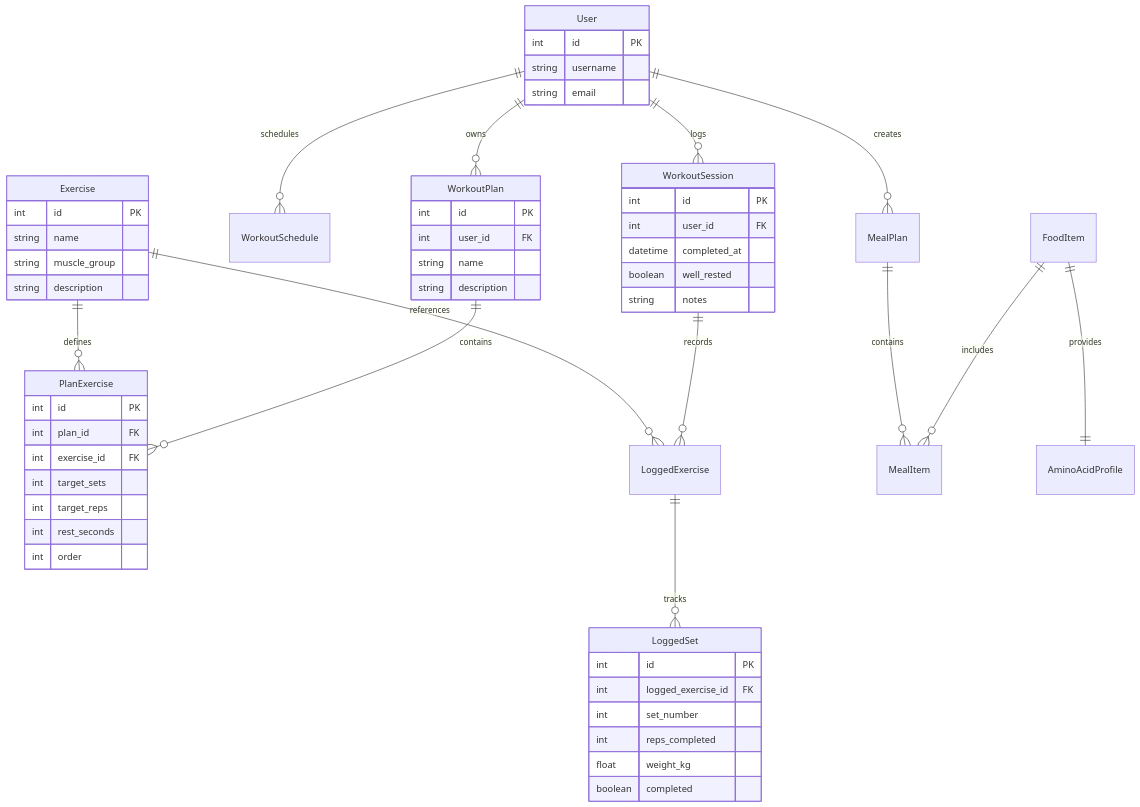
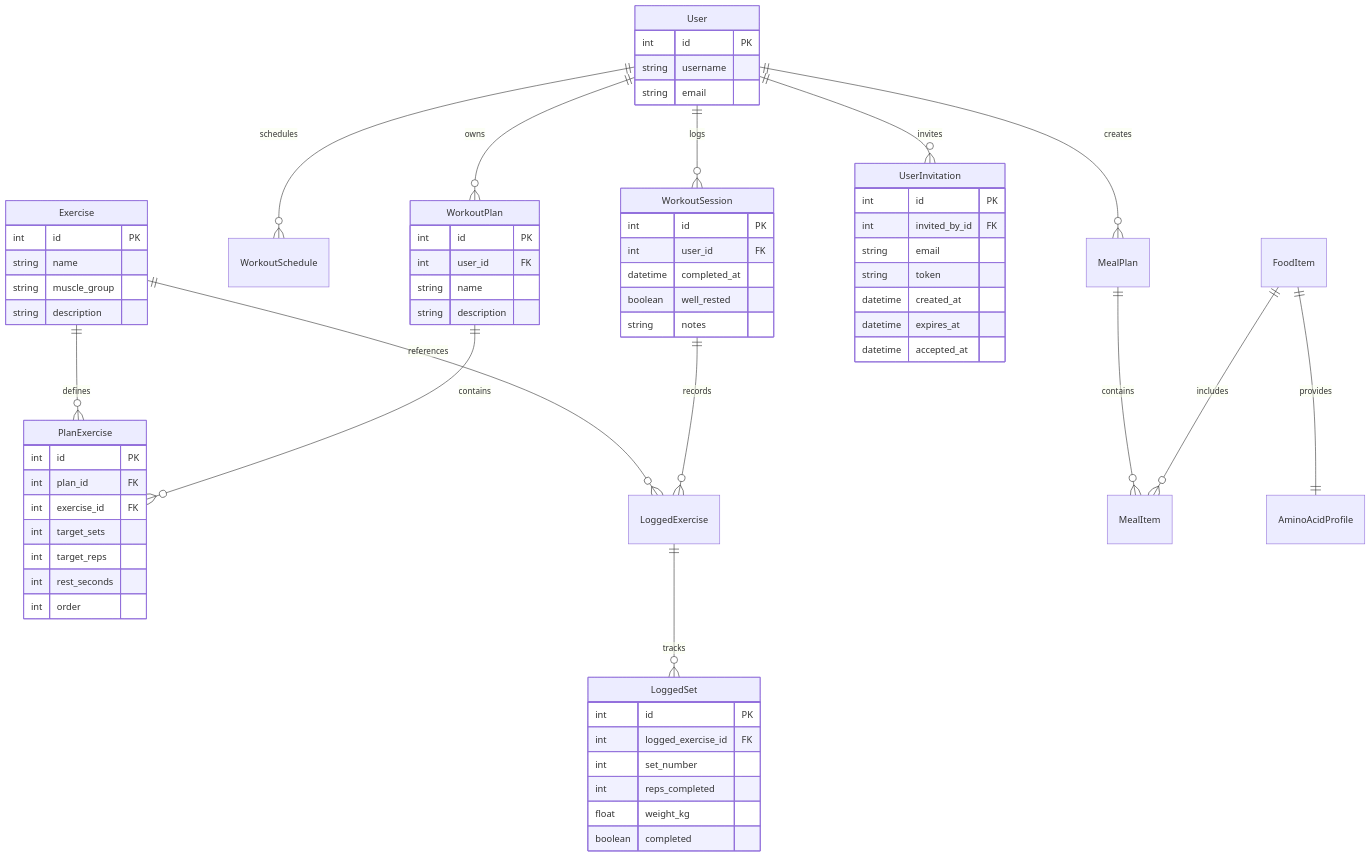
Before and after one commit to JoelLindberg/grow: the third of 4 diagrams in ARCHITECTURE.md, drawn with Mermaid. The commit also changed other lines of this file and 22 other files, not shown here.

````diff
--- a/ARCHITECTURE.md
+++ b/ARCHITECTURE.md
@@ -118,65 +118,76 @@
 ```mermaid
 erDiagram
     User ||--o{ WorkoutPlan : owns
     User ||--o{ WorkoutSchedule : schedules
     User ||--o{ WorkoutSession : logs
     User ||--o{ MealPlan : creates
+    User ||--o{ UserInvitation : invites
 
     WorkoutPlan ||--o{ PlanExercise : contains
     Exercise ||--o{ PlanExercise : defines
     
     WorkoutSession ||--o{ LoggedExercise : records
     LoggedExercise ||--o{ LoggedSet : tracks
     Exercise ||--o{ LoggedExercise : references
 
     FoodItem ||--o{ MealItem : includes
     MealPlan ||--o{ MealItem : contains
     FoodItem ||--|| AminoAcidProfile : provides
 
     User {
         int id PK
         string username
         string email
+    }
+
+    UserInvitation {
+        int id PK
+        int invited_by_id FK
+        string email
+        string token
+        datetime created_at
+        datetime expires_at
+        datetime accepted_at
     }
 
     Exercise {
         int id PK
         string name
         string muscle_group
         string description
     }
 
     WorkoutPlan {
         int id PK
         int user_id FK
         string name
         string description
     }
 
     PlanExercise {
         int id PK
         int plan_id FK
         int exercise_id FK
         int target_sets
         int target_reps
         int rest_seconds
         int order
     }
 
     WorkoutSession {
         int id PK
         int user_id FK
         datetime completed_at
         boolean well_rested
         string notes
     }
 
     LoggedSet {
         int id PK
         int logged_exercise_id FK
         int set_number
         int reps_completed
         float weight_kg
         boolean completed
     }
 ```
````
